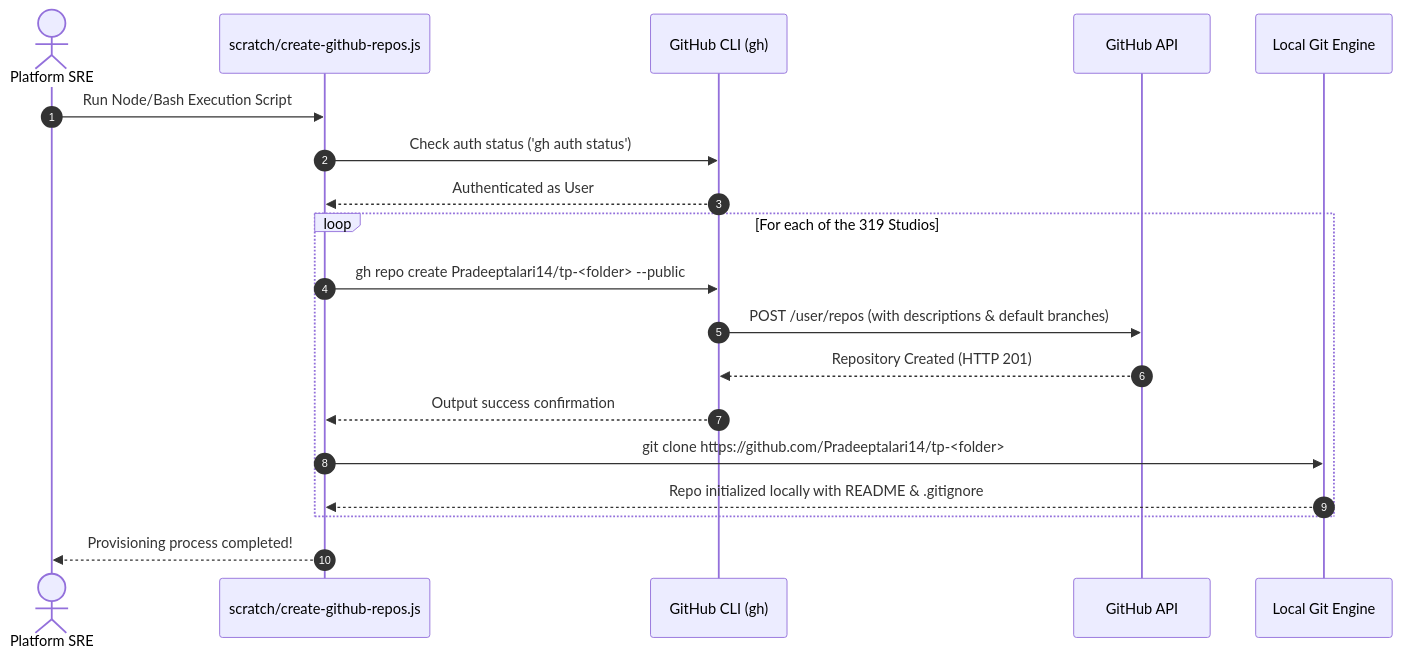
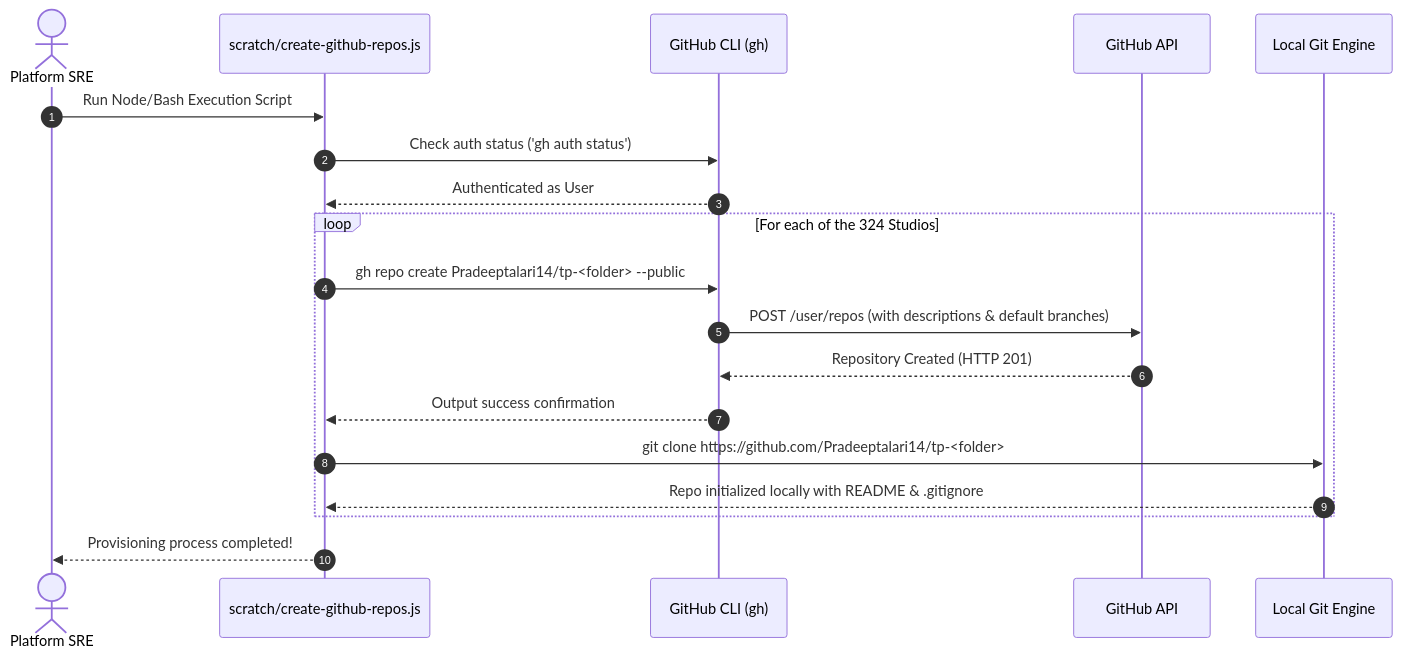
One commit to Pradeeptalari14/portfolio changed the first of 2 diagrams in GITHUB_PROVISIONING_GUIDE.md. Above: the diagram before and after it, drawn with Mermaid. The commit also changed other lines of this file and 43 other files, not shown here.

````diff
--- a/GITHUB_PROVISIONING_GUIDE.md
+++ b/GITHUB_PROVISIONING_GUIDE.md
@@ -25,22 +25,22 @@
 ```mermaid
 sequenceDiagram
     autonumber
     actor Engineer as Platform SRE
     participant Script as scratch/create-github-repos.js
     participant gh as GitHub CLI (gh)
     participant API as GitHub API
     participant Git as Local Git Engine
 
     Engineer->>Script: Run Node/Bash Execution Script
     Script->>gh: Check auth status ('gh auth status')
     gh-->>Script: Authenticated as User
-    loop For each of the 319 Studios
+    loop For each of the 324 Studios
         Script->>gh: gh repo create Pradeeptalari14/tp-<folder> --public
         gh->>API: POST /user/repos (with descriptions & default branches)
         API-->>gh: Repository Created (HTTP 201)
         gh-->>Script: Output success confirmation
         Script->>Git: git clone https://github.com/Pradeeptalari14/tp-<folder>
         Git-->>Script: Repo initialized locally with README & .gitignore
     end
     Script-->>Engineer: Provisioning process completed!
 ```
````
